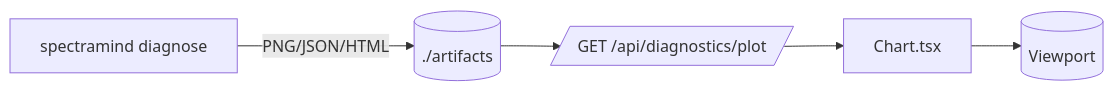
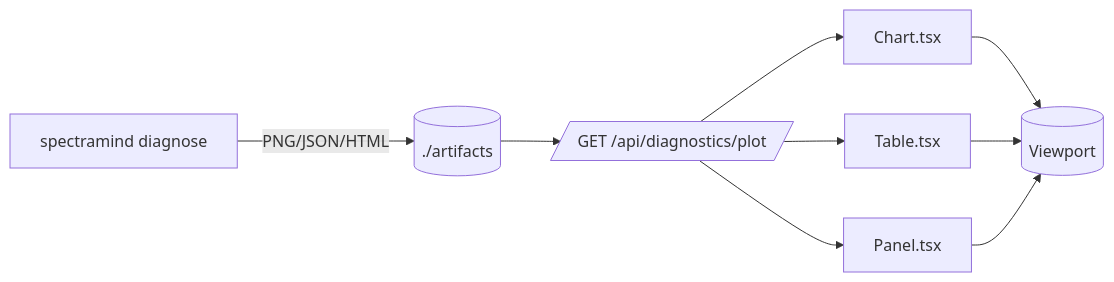
One commit to bartytime4life/ArielSensorArray changed the second of 2 diagrams in src/gui/components/ARCHITECTURE.md. Above: the diagram before and after it, drawn with Mermaid. The commit also changed other lines of this file, not shown here.

Commit message:
Revise ARCHITECTURE.md for clarity and detail

````diff
--- a/src/gui/components/ARCHITECTURE.md
+++ b/src/gui/components/ARCHITECTURE.md
@@ -103,7 +107,11 @@
 ```mermaid
 flowchart LR
   CLI[spectramind diagnose] -->|PNG/JSON/HTML| FS[(./artifacts)]
   FS --> API[/GET /api/diagnostics/plot/]
   API --> CHART[Chart.tsx]
+  API --> TABLE[Table.tsx]
+  API --> PANEL[Panel.tsx]
   CHART --> UI[(Viewport)]
+  TABLE --> UI
+  PANEL --> UI
 ```
````
